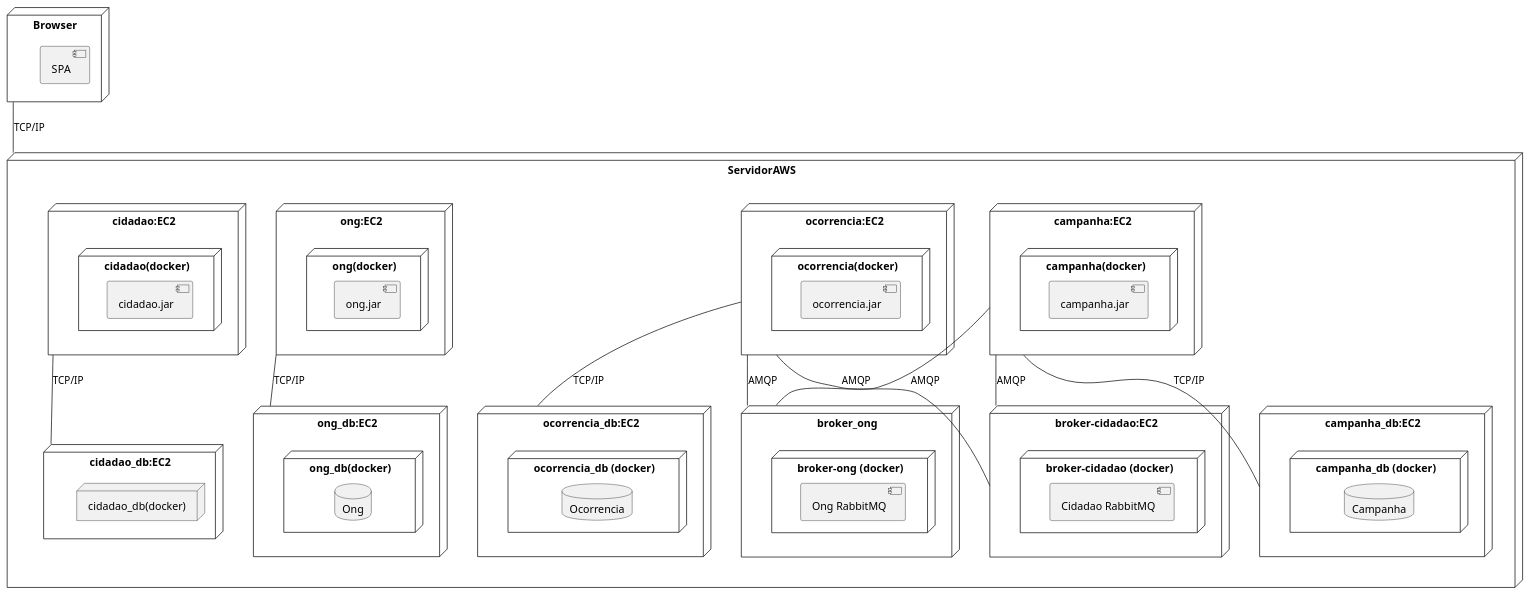
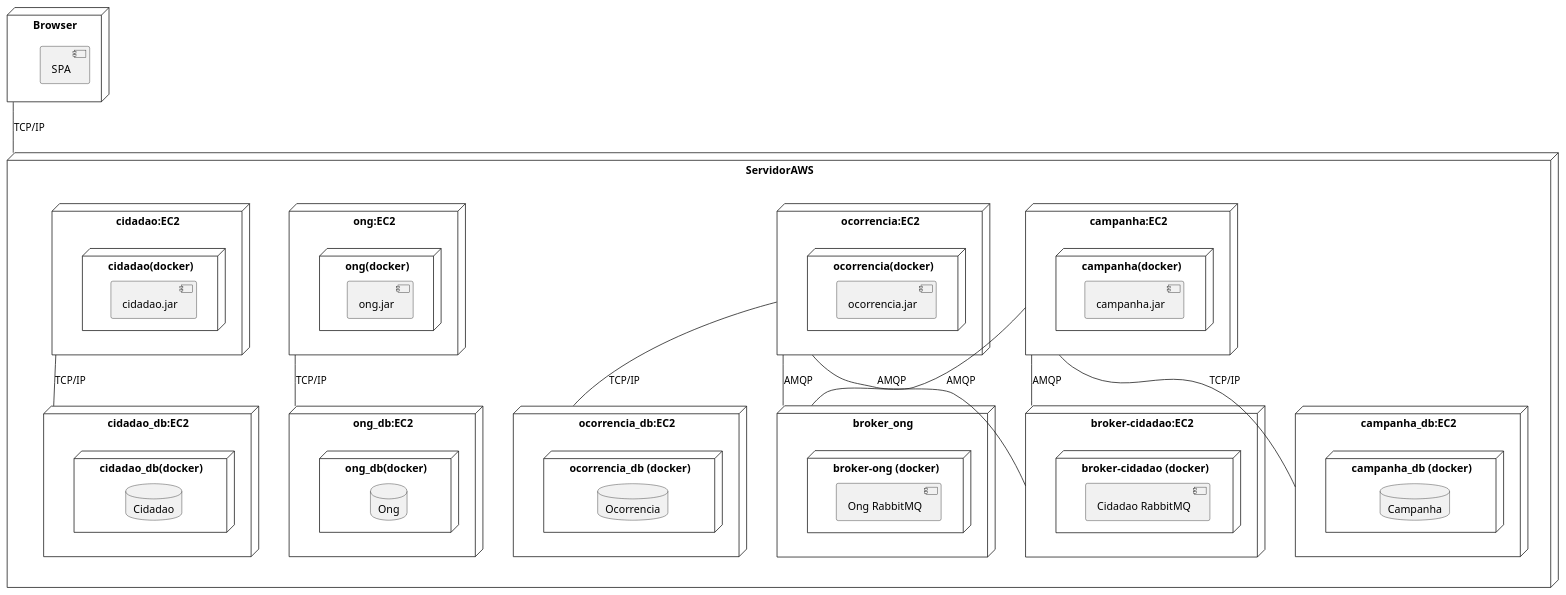
The diagram in modelagem/implantacao-2.md (CarlosDinizz/proj-lab-eng-software), drawn with PlantUML before and after one commit.

Commit message:
fix: corrigindo diagrama de implantação

````diff
--- a/modelagem/implantacao-2.md
+++ b/modelagem/implantacao-2.md
@@ -77,7 +77,7 @@
     
     node "cidadao_db:EC2" as cidadao_db {
         node "cidadao_db(docker)" {
-            database Ong
+            database Cidadao
         }
     }
     
@@ -88,5 +88,4 @@
 }
 
 @enduml
-
 ```
````
